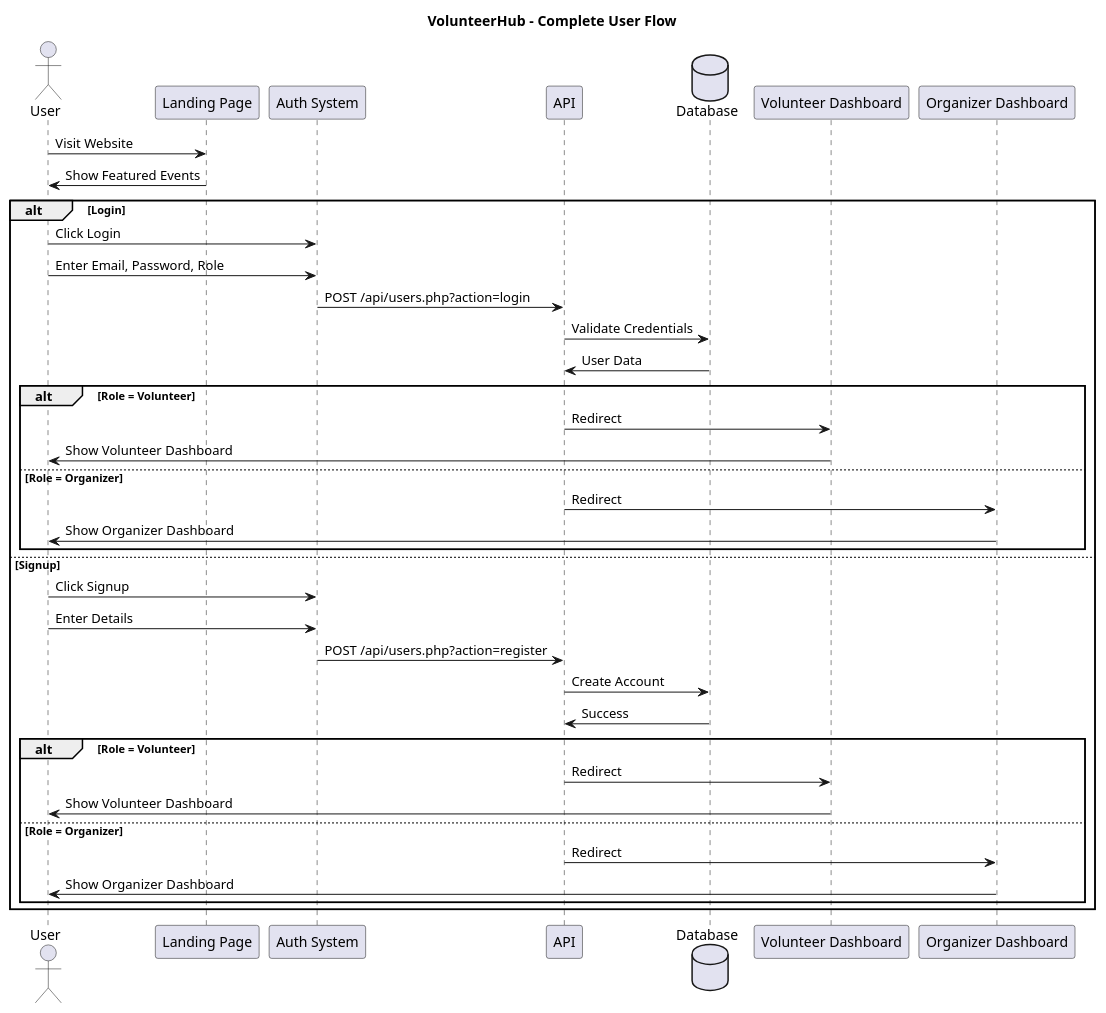
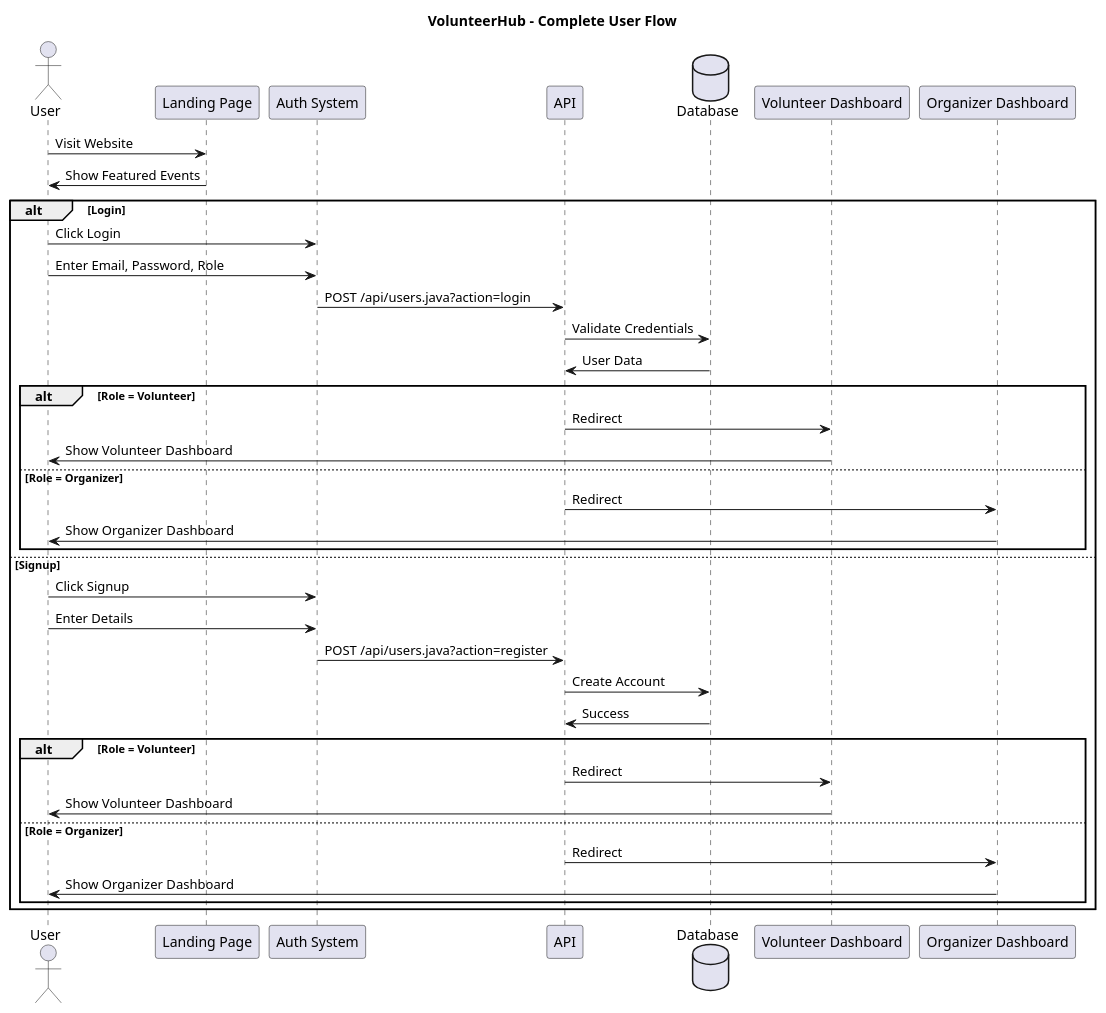
Before and after one commit to Llego-250/volunteerHub: the first of 8 diagrams in flow_diagrams.puml, drawn with PlantUML. The commit also changed other lines of this file, not shown here.

Commit message:
flow diagram

```diff
--- a/flow_diagrams.puml
+++ b/flow_diagrams.puml
@@ -1,46 +1,46 @@
 @startuml
 title VolunteerHub - Complete User Flow
 
 actor User
 participant "Landing Page" as LP
 participant "Auth System" as Auth
 participant "API" as API
 database "Database" as DB
 participant "Volunteer Dashboard" as VD
 participant "Organizer Dashboard" as OD
 
 User -> LP: Visit Website
 LP -> User: Show Featured Events
 
 alt Login
     User -> Auth: Click Login
     User -> Auth: Enter Email, Password, Role
-    Auth -> API: POST /api/users.php?action=login
+    Auth -> API: POST /api/users.java?action=login
     API -> DB: Validate Credentials
     DB -> API: User Data
     
     alt Role = Volunteer
         API -> VD: Redirect
         VD -> User: Show Volunteer Dashboard
     else Role = Organizer
         API -> OD: Redirect
         OD -> User: Show Organizer Dashboard
     end
     
 else Signup
     User -> Auth: Click Signup
     User -> Auth: Enter Details
-    Auth -> API: POST /api/users.php?action=register
+    Auth -> API: POST /api/users.java?action=register
     API -> DB: Create Account
     DB -> API: Success
     
     alt Role = Volunteer
         API -> VD: Redirect
         VD -> User: Show Volunteer Dashboard
     else Role = Organizer
         API -> OD: Redirect
         OD -> User: Show Organizer Dashboard
     end
 end
 
 @enduml
```
